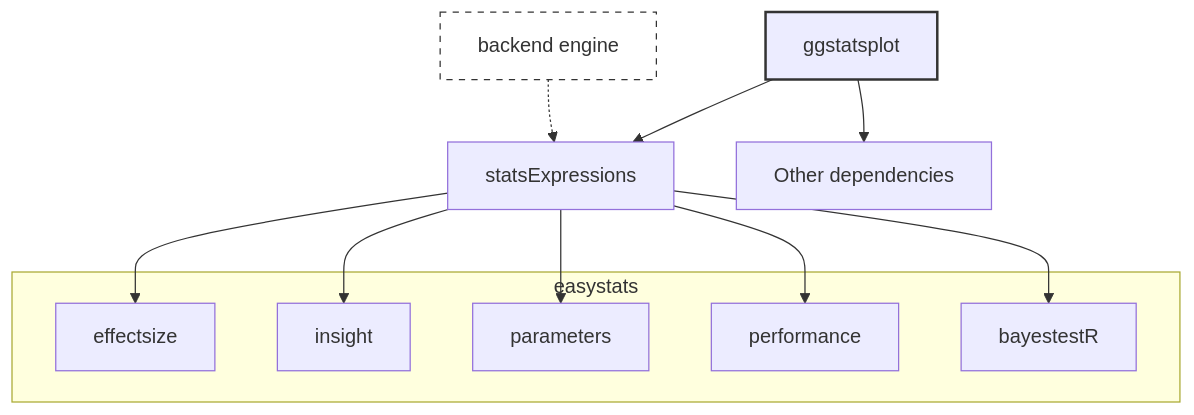
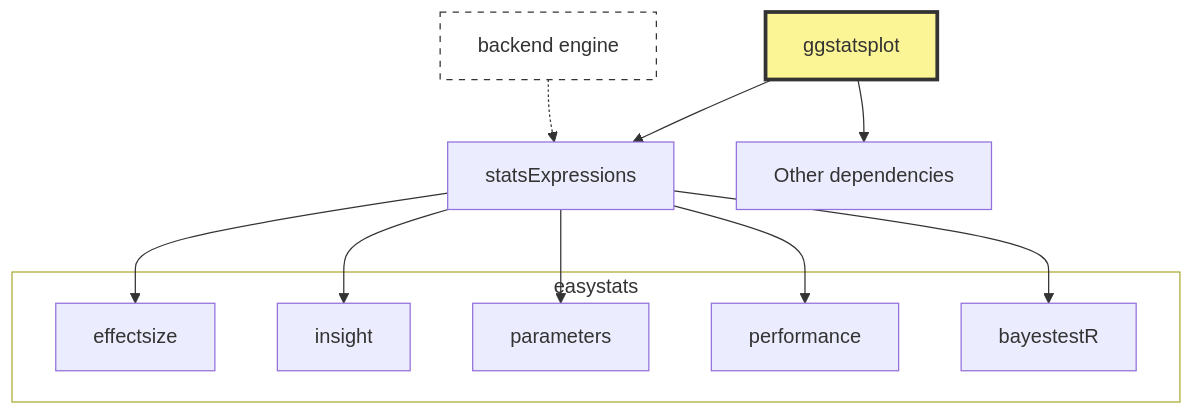
Before and after one commit to IndrajeetPatil/ggstatsplot_slides: the diagram in index.qmd, drawn with Mermaid. The commit also changed other lines of this file, not shown here.

````diff
--- a/index.qmd
+++ b/index.qmd
@@ -345,36 +351,38 @@
 ```{mermaid}
 %%| echo: false
 flowchart TD
     ggstatsplot[ggstatsplot]
     statsExpressions[statsExpressions]
     note["backend engine"]
     
     subgraph easystats[easystats]
         effectsize[effectsize]
         insight[insight]
         parameters[parameters]
         performance[performance]
         bayestestR[bayestestR]
     end
     
     %% Main dependencies
     ggstatsplot --> statsExpressions
     ggstatsplot --> dots[Other dependencies]
     
     %% Add note connecting to the main relationship
     note -.-> statsExpressions
     
     %% statsExpressions dependencies on easystats packages
     statsExpressions --> effectsize
     statsExpressions --> insight
     statsExpressions --> parameters
     statsExpressions --> performance
     statsExpressions --> bayestestR
     
     %% Styling using custom colors
-    classDef main fill:#fff88,stroke:#333,stroke-width:2px
+    style easystats fill:#ffffff
+    
+    classDef main fill:#FCF596,stroke:#333,stroke-width:3px
     classDef note fill:#ffffff,stroke:#333,stroke-width:1px,stroke-dasharray: 5 5
     
     class ggstatsplot main
     class note note
 ```
````
